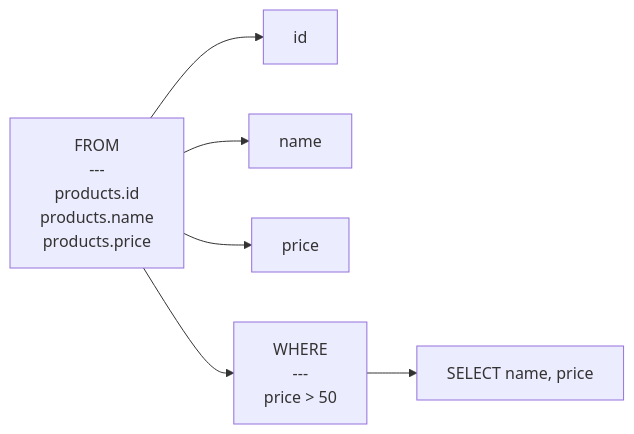
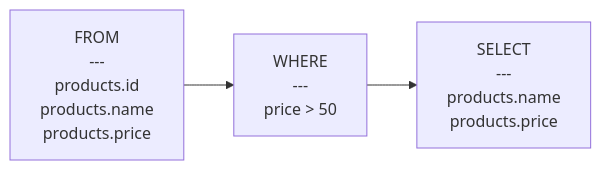
One commit to rot1024/sqloflow changed the diagram in examples/create.mmd. Above: the diagram before and after it, drawn with Mermaid. The commit also changed 42 other files, not shown here.

```diff
--- a/examples/create.mmd
+++ b/examples/create.mmd
@@ -1,12 +1,6 @@
 flowchart LR
     node_0["FROM<br/>---<br/>products.id<br/>products.name<br/>products.price"]
-    node_1[id]
-    node_2[name]
-    node_3[price]
-    node_4["WHERE<br/>---<br/>price &gt; 50"]
-    node_5["SELECT name, price"]
+    node_1["WHERE<br/>---<br/>price &gt; 50"]
+    node_2["SELECT<br/>---<br/>products.name<br/>products.price"]
     node_0 --> node_1
-    node_0 --> node_2
-    node_0 --> node_3
-    node_0 --> node_4
-    node_4 --> node_5
+    node_1 --> node_2
```
